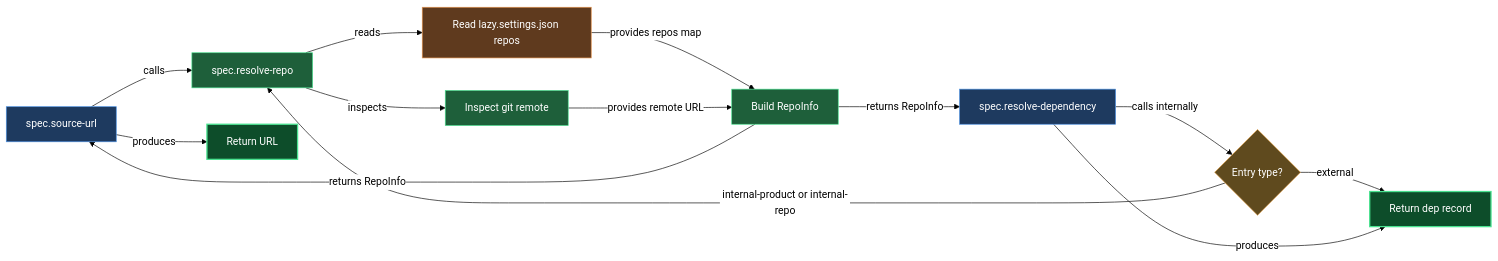
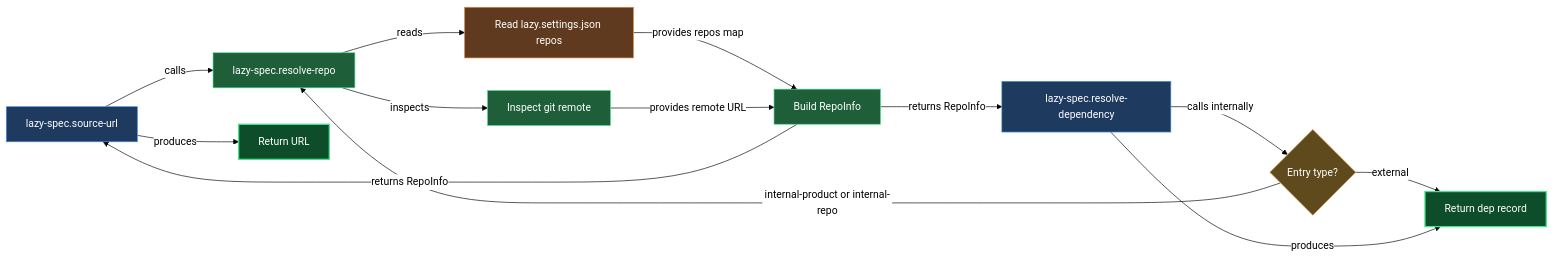
The diagram in claude/lazycortex-specs/help/source-links.md (mebius-san/lazy-cortex), drawn with Mermaid before and after one commit. The commit also changed other lines of this file and 511 other files, not shown here.

First line of the commit message:
release: core 7.0.0, specs 6.0.0, review 6.1.0, obsidian 3.0.0, wiki 2.0.0, python 4.0.0, experts 1.0.0, diagram 1.1.7, observe 0.8.3

````diff
--- a/claude/lazycortex-specs/help/source-links.md
+++ b/claude/lazycortex-specs/help/source-links.md
@@ -49,42 +50,42 @@
 ```mermaid
 %%{init: {'themeVariables':{'background':'transparent','lineColor':'#000','textColor':'#000','edgeLabelBackground':'#fff'},'themeCSS':'.edgeLabel{background-color:transparent!important}.edgeLabel p{background-color:transparent!important}','flowchart':{'diagramPadding':5,'useMaxWidth':true}}}%%
 flowchart LR
-  callerSourceUrl[spec.source-url]
-  callerResolveDep[spec.resolve-dependency]
-  resolveRepo[spec.resolve-repo]
+  callerSourceUrl[lazy-spec.source-url]
+  callerResolveDep[lazy-spec.resolve-dependency]
+  resolveRepo[lazy-spec.resolve-repo]
   readSettings[Read lazy.settings.json repos]
   inspectRemote[Inspect git remote]
   entryType{Entry type?}
   buildRepoInfo[Build RepoInfo]
   returnUrl[Return URL]
   returnDepRecord[Return dep record]
 
   callerSourceUrl -->|calls| resolveRepo
   callerResolveDep -->|calls internally| entryType
   entryType -->|internal-product or internal-repo| resolveRepo
   entryType -->|external| returnDepRecord
   resolveRepo -->|reads| readSettings
   resolveRepo -->|inspects| inspectRemote
   readSettings -->|provides repos map| buildRepoInfo
   inspectRemote -->|provides remote URL| buildRepoInfo
   buildRepoInfo -->|returns RepoInfo| callerSourceUrl
   callerSourceUrl -->|produces| returnUrl
   buildRepoInfo -->|returns RepoInfo| callerResolveDep
   callerResolveDep -->|produces| returnDepRecord
 
   classDef entry fill:#1e3a5f,stroke:#4a90e2,color:#fff
   classDef guard fill:#5f4a1e,stroke:#e2a14a,color:#fff
   classDef action fill:#1e5f3a,stroke:#4ae290,color:#fff
   classDef success fill:#0d4d2a,stroke:#4ae290,color:#fff,stroke-width:2px
   classDef store fill:#5f3a1e,stroke:#e2904a,color:#fff
 
   class callerSourceUrl entry
   class callerResolveDep entry
   class entryType guard
   class resolveRepo action
   class readSettings store
   class inspectRemote action
   class buildRepoInfo action
   class returnUrl success
   class returnDepRecord success
 ```
````
